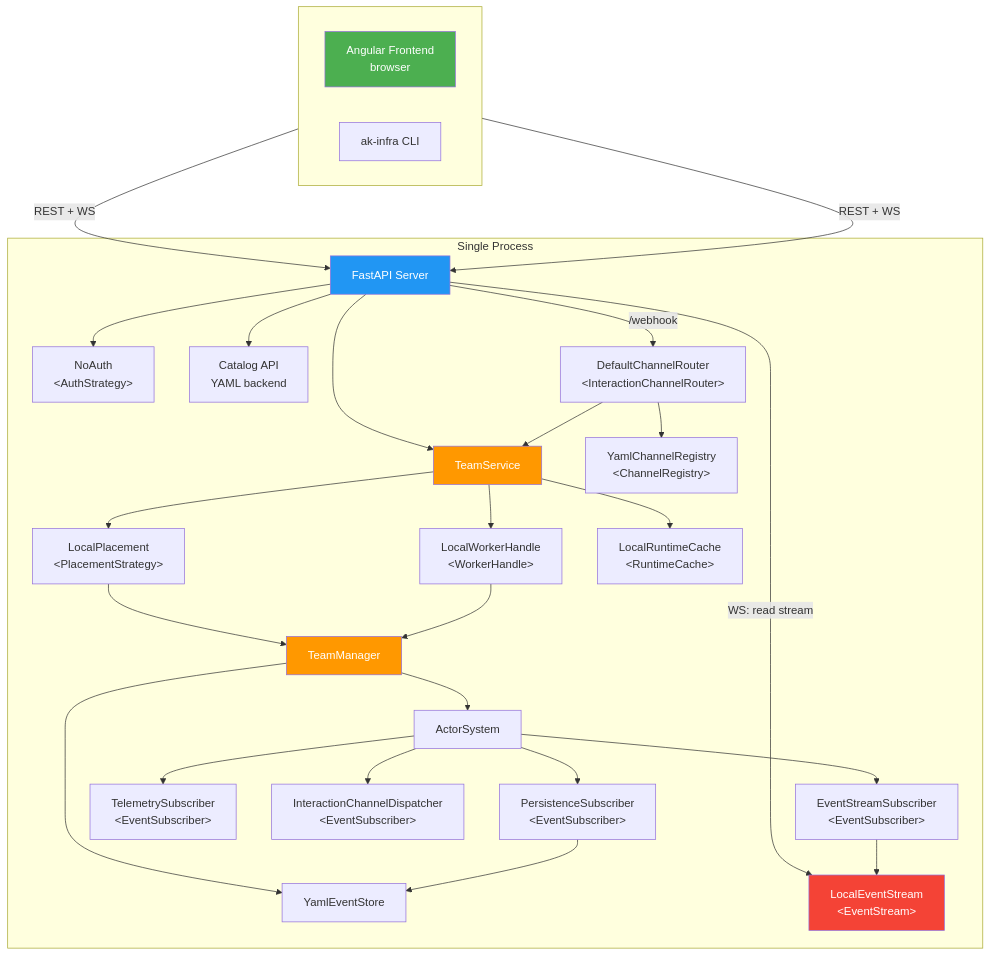
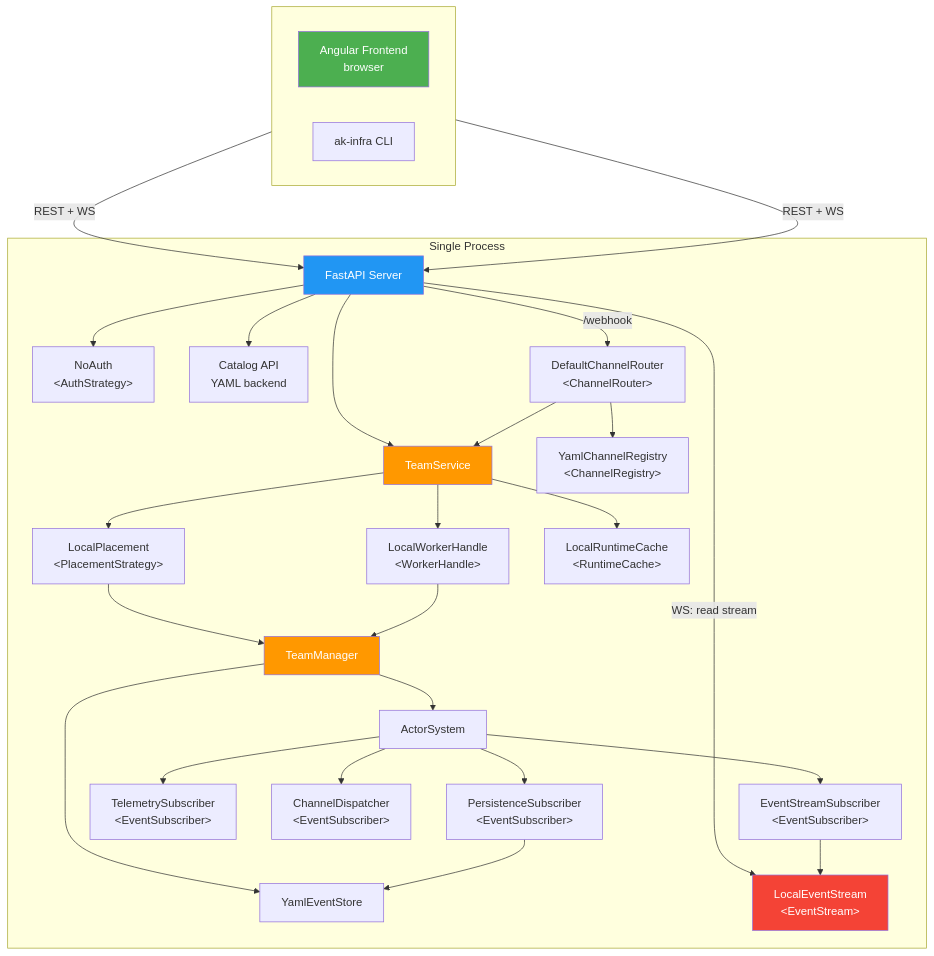
The first of 3 diagrams in README.md (b12consulting/akgentic-infra), drawn with Mermaid before and after one commit. The commit also changed other lines of this file and 30 other files, not shown here.

````diff
--- a/README.md
+++ b/README.md
@@ -33,57 +33,57 @@
 ```mermaid
 graph TB
     subgraph "Single Process"
         API[FastAPI Server]
         SVC[TeamService]
         NA["NoAuth<br/>&lt;AuthStrategy&gt;"]
         CAT[Catalog API<br/>YAML backend]
         LP["LocalPlacement<br/>&lt;PlacementStrategy&gt;"]
         LWH["LocalWorkerHandle<br/>&lt;WorkerHandle&gt;"]
         LRC["LocalRuntimeCache<br/>&lt;RuntimeCache&gt;"]
         TM[TeamManager]
         AS[ActorSystem]
         YE[YamlEventStore]
         PS["PersistenceSubscriber<br/>&lt;EventSubscriber&gt;"]
         TS["TelemetrySubscriber<br/>&lt;EventSubscriber&gt;"]
-        ICD["InteractionChannelDispatcher<br/>&lt;EventSubscriber&gt;"]
+        ICD["ChannelDispatcher<br/>&lt;EventSubscriber&gt;"]
         ESS["EventStreamSubscriber<br/>&lt;EventSubscriber&gt;"]
         LES["LocalEventStream<br/>&lt;EventStream&gt;"]
-        DCR["DefaultChannelRouter<br/>&lt;InteractionChannelRouter&gt;"]
+        DCR["DefaultChannelRouter<br/>&lt;ChannelRouter&gt;"]
         YCR["YamlChannelRegistry<br/>&lt;ChannelRegistry&gt;"]
     end
 
     subgraph Clients [" "]
         direction LR
         FE[Angular Frontend<br/>browser]
         CLI[ak-infra CLI]
     end
 
     FE -->|REST + WS| API
     CLI -->|REST + WS| API
     API --> NA
     API --> SVC
     API --> CAT
     API -->|/webhook| DCR
     API -->|WS: read stream| LES
     SVC --> LP
     SVC --> LWH
     SVC --> LRC
     LP --> TM
     LWH --> TM
     TM --> AS
     TM --> YE
     AS --> PS
     AS --> TS
     AS --> ICD
     AS --> ESS
     ESS --> LES
     PS --> YE
     DCR --> SVC
     DCR --> YCR
 
     style FE fill:#4CAF50,color:white
     style API fill:#2196F3,color:white
     style SVC fill:#FF9800,color:white
     style TM fill:#FF9800,color:white
     style LES fill:#F44336,color:white
 ```
````
